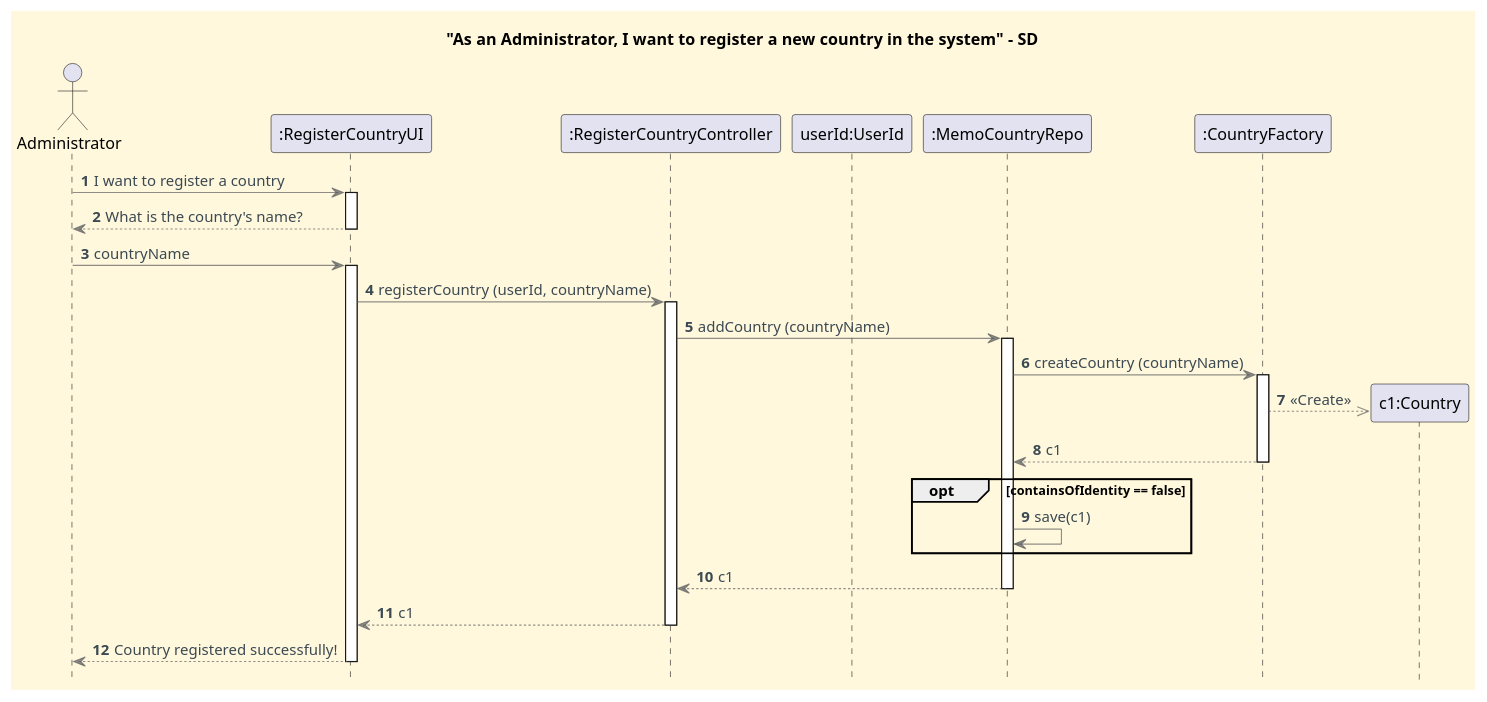
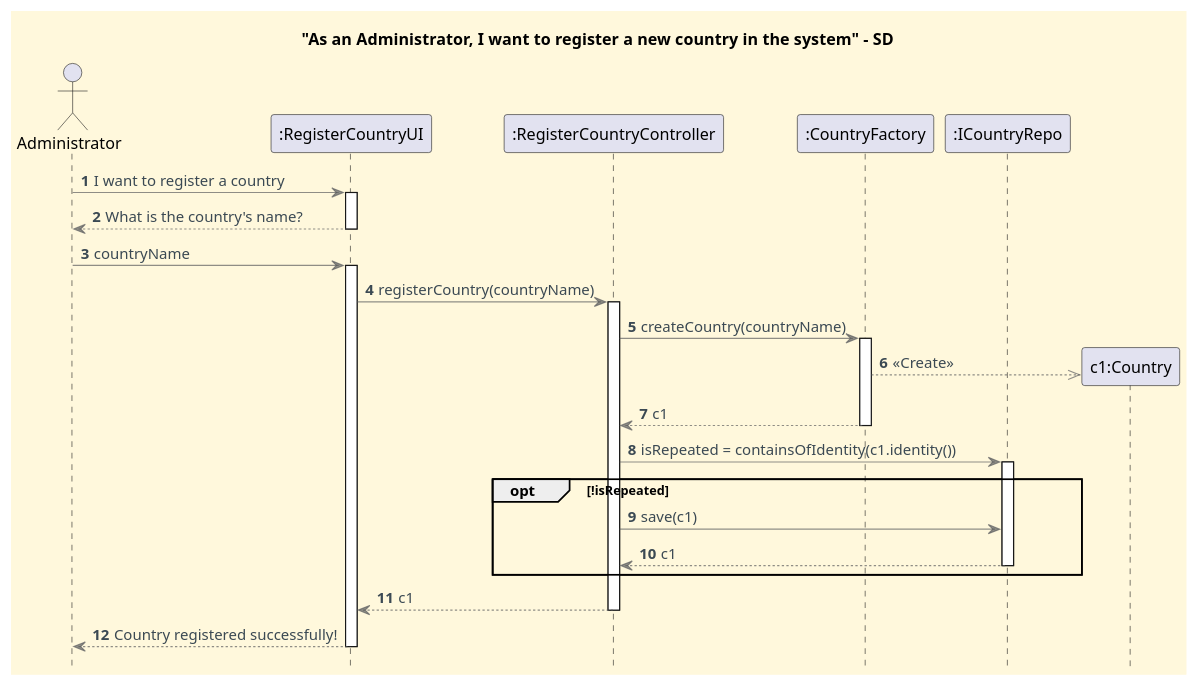
One commit to CarolinaLeite-collab/JavaMarketplacePlatform changed the diagram in docs/functionalities/admin/register-country/Register_Country_SD.puml. Above: the diagram before and after it, drawn with PlantUML.

Commit message:
refactor: update register country SD to move orchestration to controller #609

```diff
--- a/docs/functionalities/admin/register-country/Register_Country_SD.puml
+++ b/docs/functionalities/admin/register-country/Register_Country_SD.puml
@@ -1,63 +1,63 @@
 @startuml
 '==== Title ====
 title "As an Administrator, I want to register a new country in the system" - SD
 
 '==== basic style ====
 skinparam monochrome false
+skinparam shadowing false
 skinparam defaultFontName Futura
 skinparam objectFontSize 20
 skinparam backgroundColor CornSilk
 skinparam objectBackgroundColor WhiteSmoke
 skinparam noteBackgroundColor #FFFFE0
 skinparam ArrowFontColor #3B4953
 skinparam ArrowColor #57595BAA
+skinparam ActivationBackgroundColor WhiteSmoke
+hide footbox
 
-hidefootbox
 autonumber
-autoactivate off
 
 ' ==== Actor and participants ====
 actor Administrator as ADM
 participant ":RegisterCountryUI" as UI
 participant ":RegisterCountryController" as CTL
-participant "userId:UserId" as UID
-participant ":MemoCountryRepo" as CR
 participant ":CountryFactory" as FACTORY
-participant "c1:Country" as C
+participant ":ICountryRepo" as CR
 
 '==== UI interaction ====
 ADM -> UI: I want to register a country
 activate UI
 UI --> ADM: What is the country's name?
 deactivate UI
 
 ADM -> UI: countryName
 activate UI
 
 '==== Use case execution ====
-' Updated to pass userId
-UI -> CTL: registerCountry (userId, countryName)
+UI -> CTL: registerCountry(countryName)
 activate CTL
 
-CTL -> CR: addCountry (countryName)
+CTL -> FACTORY : createCountry(countryName)
+activate FACTORY
+create "c1:Country" as C
+FACTORY -->> C: <<Create>>
+FACTORY --> CTL : c1
+deactivate FACTORY
+
+' Logic consolidated into one activation flow
+CTL -> CR : isRepeated = containsOfIdentity(c1.identity())
 activate CR
 
-CR -> FACTORY: createCountry (countryName)
-activate FACTORY
-create C
-FACTORY -->> C: <<Create>>
-
-FACTORY --> CR :c1
-deactivate FACTORY
-
-opt containsOfIdentity == false
-        CR -> CR: save(c1)
+opt !isRepeated
+    CTL -> CR: save(c1)
+    CR --> CTL: c1
+    deactivate CR
 end
 
-CR --> CTL: c1
-deactivate CR
 CTL --> UI: c1
 deactivate CTL
+
 UI --> ADM : Country registered successfully!
 deactivate UI
+
 @enduml
```
